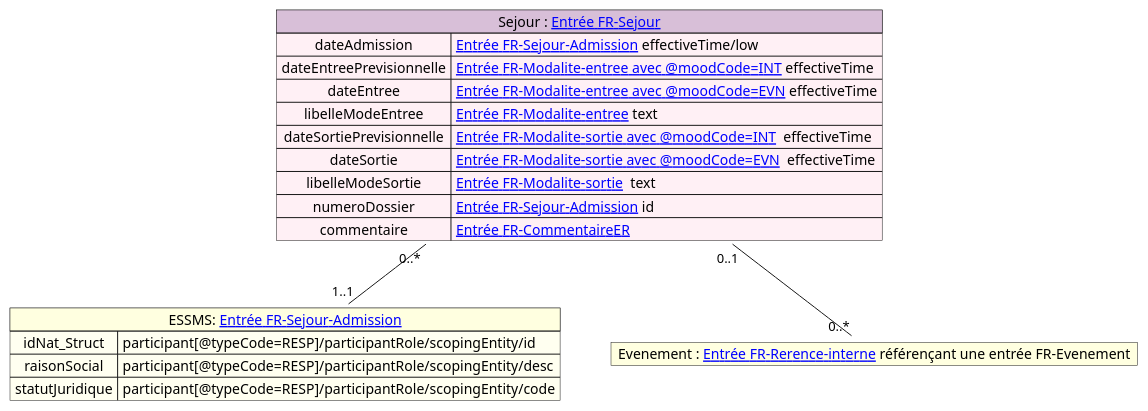
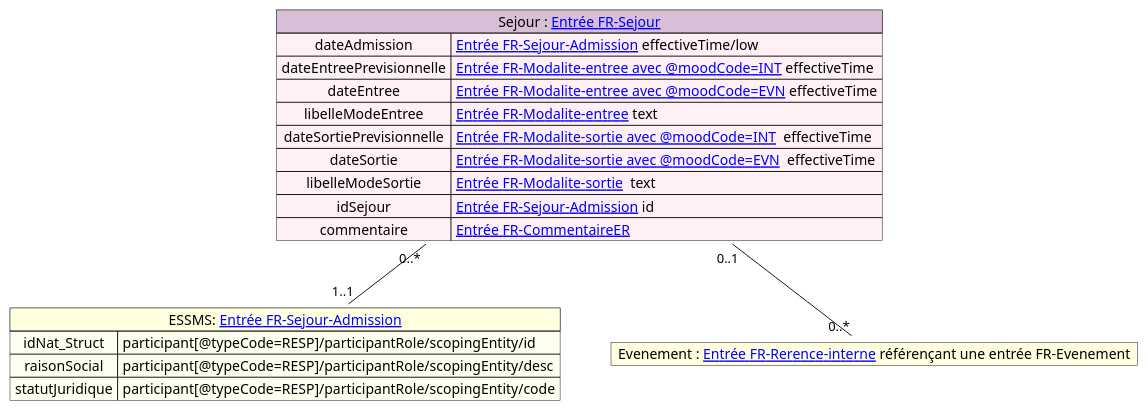
The diagram in input/images-source/mapping_sejour.plantuml (ansforge/IG-fhir-transfert-donnees-dui-esms), drawn with PlantUML before and after one commit. The commit also changed 5 other files, not shown here.

```diff
--- a/input/images-source/mapping_sejour.plantuml
+++ b/input/images-source/mapping_sejour.plantuml
@@ -1,30 +1,30 @@
 @startuml
 
 
 map "Sejour : [[contenu_dossier_corps_cda.html Entrée FR-Sejour]]" as Sejour #back:LavenderBlush;header:Thistle{
     dateAdmission => [[contenu_dossier_corps_cda.html Entrée FR-Sejour-Admission]] effectiveTime/low
     dateEntreePrevisionnelle => [[contenu_dossier_corps_cda.html Entrée FR-Modalite-entree avec @moodCode=INT]] effectiveTime
     dateEntree => [[contenu_dossier_corps_cda.html Entrée FR-Modalite-entree avec @moodCode=EVN]] effectiveTime
     libelleModeEntree => [[contenu_dossier_corps_cda.html Entrée FR-Modalite-entree]] text
     dateSortiePrevisionnelle => [[contenu_dossier_corps_cda.html Entrée FR-Modalite-sortie avec @moodCode=INT]]  effectiveTime
     dateSortie => [[contenu_dossier_corps_cda.html Entrée FR-Modalite-sortie avec @moodCode=EVN]]  effectiveTime
     libelleModeSortie => [[contenu_dossier_corps_cda.html Entrée FR-Modalite-sortie]]  text
-    numeroDossier => [[contenu_dossier_corps_cda.html Entrée FR-Sejour-Admission]] id
+    idSejour => [[contenu_dossier_corps_cda.html Entrée FR-Sejour-Admission]] id
     commentaire => [[contenu_dossier_corps_cda.html Entrée FR-CommentaireER]]
 }
 
 
 map "ESSMS: [[contenu_dossier_corps_cda.html Entrée FR-Sejour-Admission]]" as ESSMS #back:Ivory;header:LightYellow {
     idNat_Struct => participant[@typeCode=RESP]/participantRole/scopingEntity/id
     raisonSocial => participant[@typeCode=RESP]/participantRole/scopingEntity/desc
     statutJuridique => participant[@typeCode=RESP]/participantRole/scopingEntity/code
 }
 
 map "Evenement : [[contenu_dossier_corps_cda.html Entrée FR-Rerence-interne]] référençant une entrée FR-Evenement" as Evenement #back:LightYellow;header:LightYellow{
 }
 
 Sejour "0..*" -- "1..1" ESSMS
 Sejour "0..1"--"0..*" Evenement
 
 
 @enduml
```
